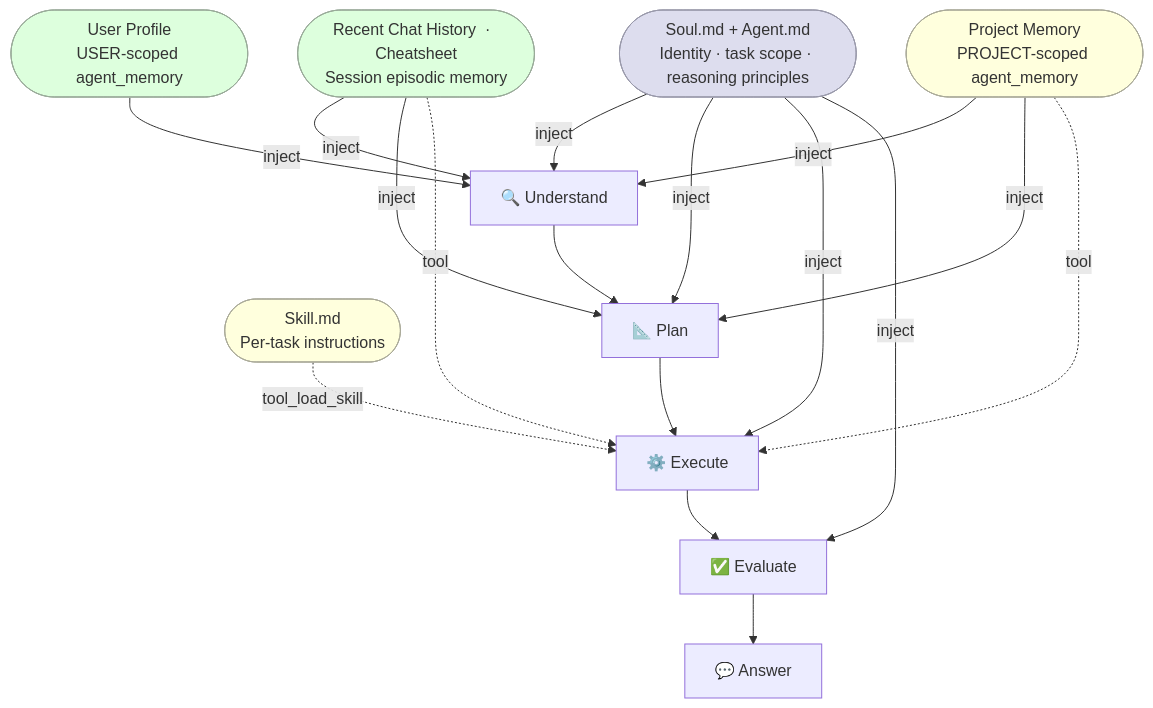
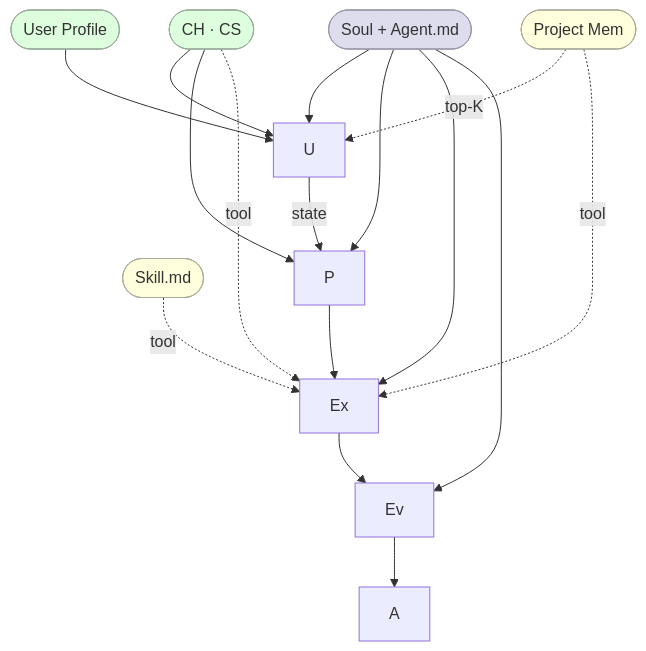
One commit to wiedersehne/Ida-arch changed the fourth of 4 diagrams in memory_arch.md. Above: the diagram before and after it, drawn with Mermaid. The commit also changed other lines of this file, not shown here.

````diff
--- a/memory_arch.md
+++ b/memory_arch.md
@@ -282,36 +281,32 @@
 ```mermaid
 flowchart TD
-    soul(["Soul.md + Agent.md\nIdentity · task scope · reasoning principles"])
-    ep(["Recent Chat History  ·  Cheatsheet\nSession episodic memory"])
-    up(["User Profile\nUSER-scoped agent_memory"])
-    pm(["Project Memory\nPROJECT-scoped agent_memory"])
-    sk(["Skill.md\nPer-task instructions"])
+    soul(["Soul + Agent.md"])
+    ep(["CH · CS"])
+    up(["User Profile"])
+    pm(["Project Mem"])
+    sk(["Skill.md"])
 
-    U["🔍 Understand"] --> P["📐 Plan"]
-    P --> Ex["⚙️ Execute"]
-    Ex --> Ev["✅ Evaluate"]
-    Ev --> A["💬 Answer"]
+    U["U"] -->|state| P["P"] --> Ex["Ex"] --> Ev["Ev"] --> A["A"]
 
-    soul -->|inject| U
-    soul -->|inject| P
-    soul -->|inject| Ex
-    soul -->|inject| Ev
+    soul --> U
+    soul --> P
+    soul --> Ex
+    soul --> Ev
 
-    ep -->|inject| U
-    ep -->|inject| P
+    ep --> U
+    ep --> P
     ep -.->|tool| Ex
 
-    up -->|inject| U
+    up --> U
 
-    pm -->|inject| U
-    pm -->|inject| P
+    pm -.->|top-K| U
     pm -.->|tool| Ex
 
-    sk -.->|tool_load_skill| Ex
+    sk -.->|tool| Ex
 
     style soul fill:#dde,stroke:#99a
     style ep fill:#dfd,stroke:#9a9
     style up fill:#dfd,stroke:#9a9
     style pm fill:#ffd,stroke:#aa9
     style sk fill:#ffd,stroke:#aa9
 ```
````
